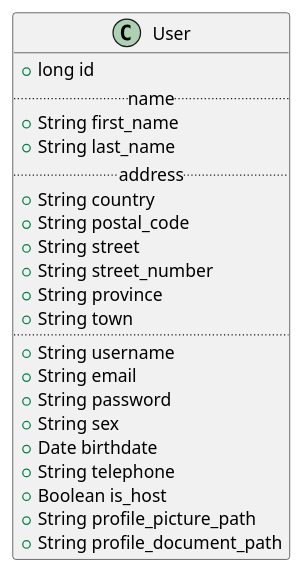
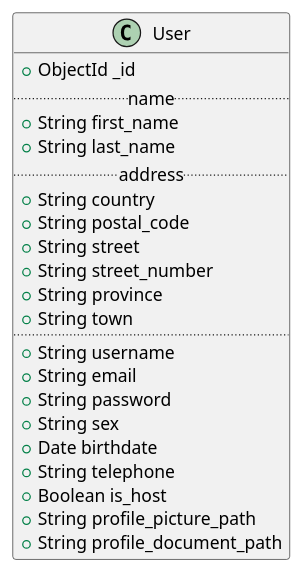
Before and after one commit to TommasoScalici/BnB: the diagram in app-diagrams/class/user.wsd, drawn with PlantUML.

Commit message:
user class diagram change

```diff
--- a/app-diagrams/class/user.wsd
+++ b/app-diagrams/class/user.wsd
@@ -1,28 +1,28 @@
 @startuml user
 left to right direction
 
 class User {
-  +long id
+  +ObjectId _id
   .. name ..
   +String first_name
   +String last_name
   .. address ..
   +String country
   +String postal_code
   +String street
   +String street_number
   +String province
   +String town
   ..
   +String username
   +String email
   +String password
   +String sex
   +Date birthdate
   +String telephone
   +Boolean is_host
   +String profile_picture_path
   +String profile_document_path
 }
 
 @enduml
```
